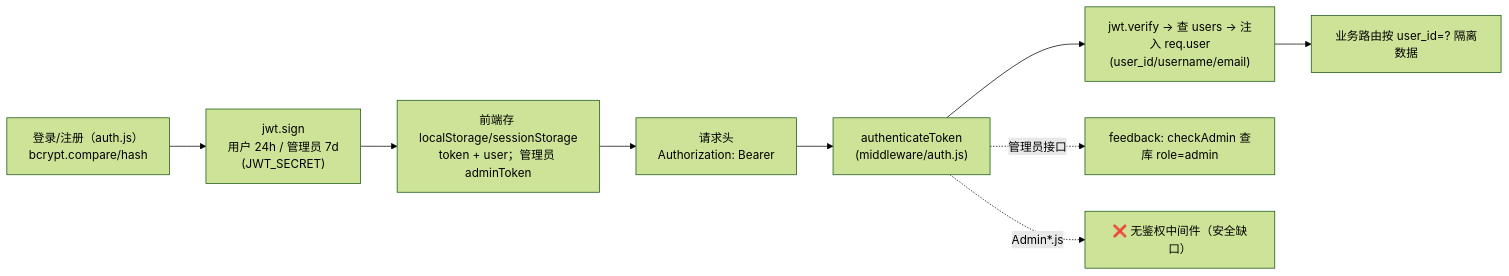
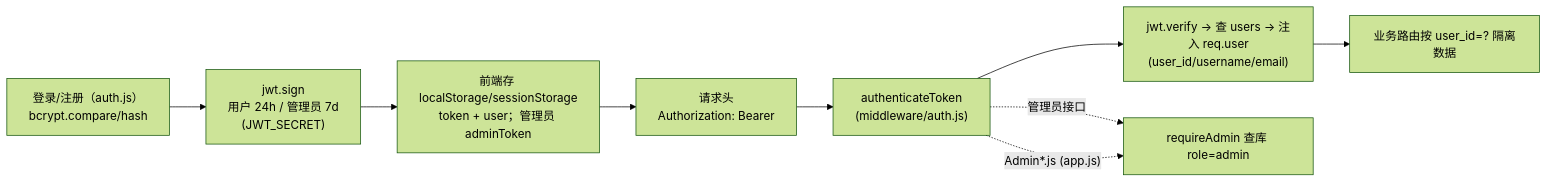
Before and after one commit to ljb202510/PGFPlotsGenerator: the fourth of 7 diagrams in docs/architecture.md, drawn with Mermaid (forest theme). The commit also changed other lines of this file and 21 other files, not shown here.

````diff
--- a/docs/architecture.md
+++ b/docs/architecture.md
@@ -278,11 +278,11 @@
 ```mermaid
 flowchart LR
     A["登录/注册（auth.js）<br/>bcrypt.compare/hash"] --> B["jwt.sign<br/>用户 24h / 管理员 7d<br/>(JWT_SECRET)"]
     B --> C["前端存 localStorage/sessionStorage<br/>token + user；管理员 adminToken"]
     C --> D["请求头<br/>Authorization: Bearer <token>"]
     D --> E["authenticateToken<br/>(middleware/auth.js)"]
     E --> F["jwt.verify → 查 users → 注入 req.user<br/>(user_id/username/email)"]
     F --> G["业务路由按 user_id=? 隔离数据"]
     E -. "管理员接口" .-> H["feedback: checkAdmin 查库 role=admin"]
-    E -. "Admin*.js" .-> X["❌ 无鉴权中间件（安全缺口）"]
+    E -. "Admin*.js (app.js)" .-> H["requireAdmin 查库 role=admin"]
 ```
````
